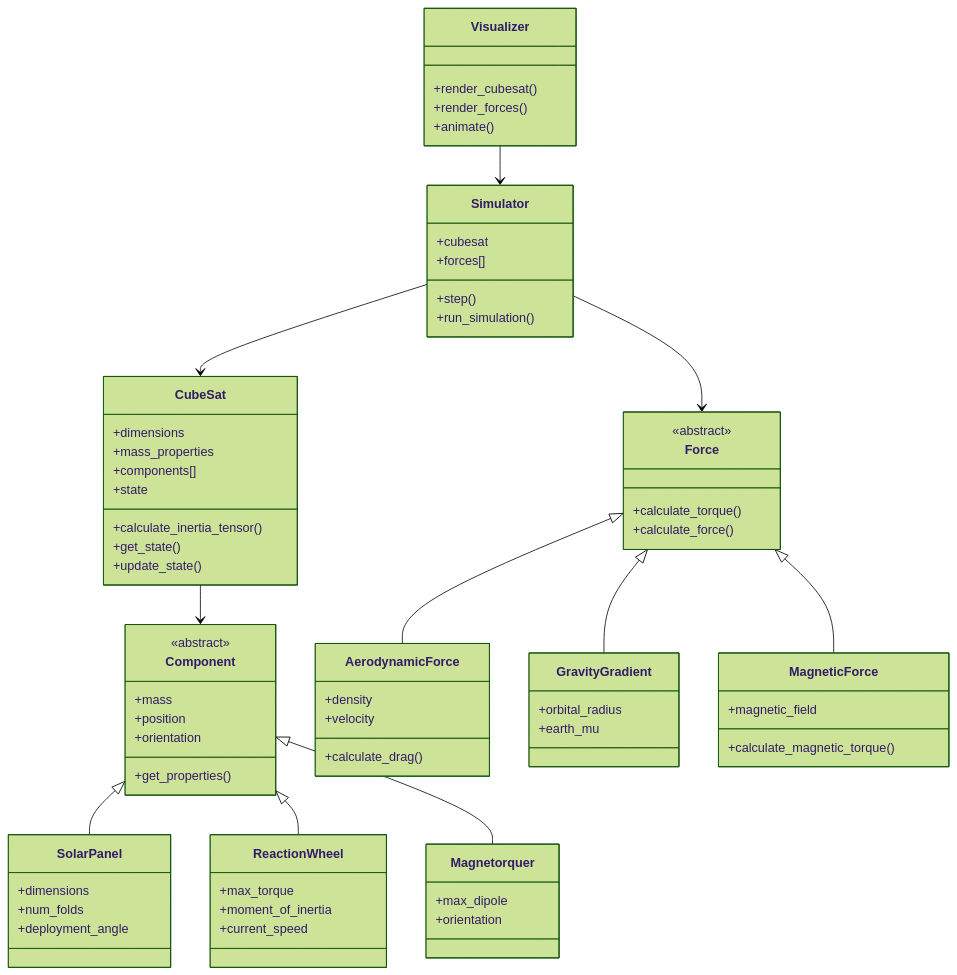
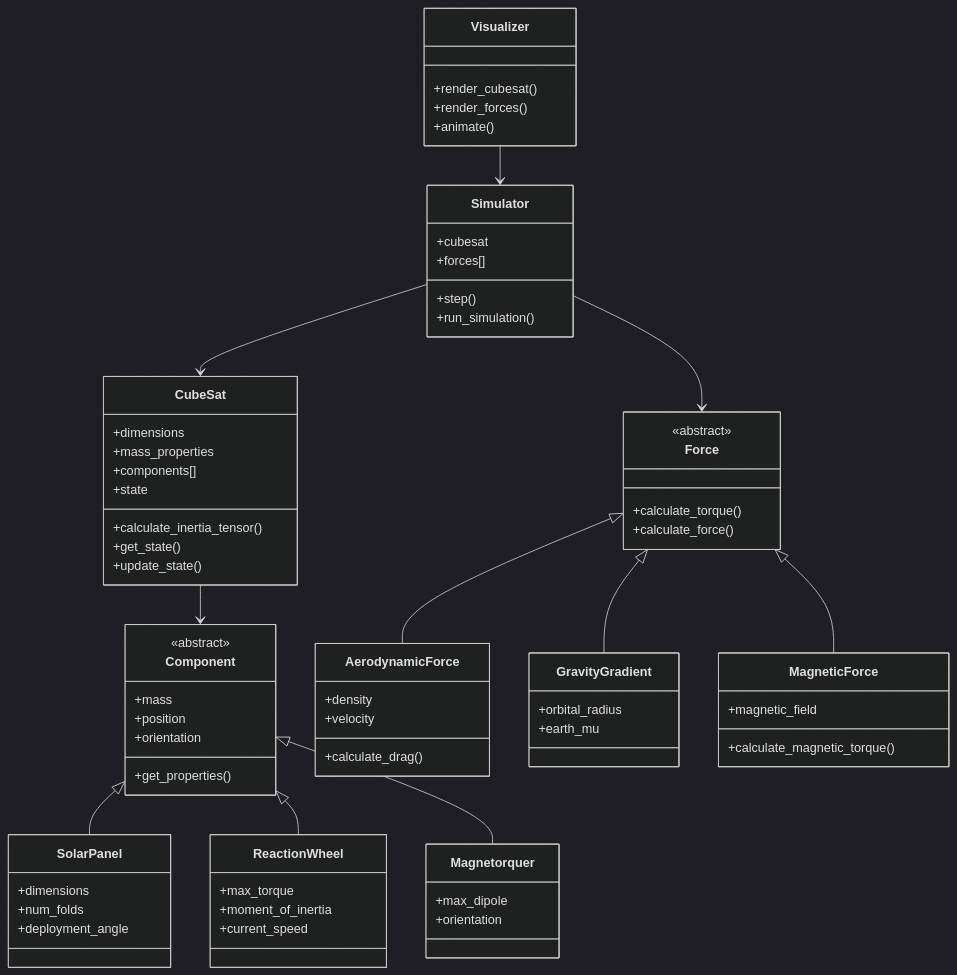
Before and after one commit to lundeen06/cubesat-attitude-sim: the diagram in README.md, drawn with Mermaid.

````diff
--- a/README.md
+++ b/README.md
@@ -3,5 +3,5 @@
 ```mermaid
-%%{init: {'theme': 'forest'}}%%
+%%{init: {'theme': 'dark'}}%%
 classDiagram
     class CubeSat {
         +dimensions
````
